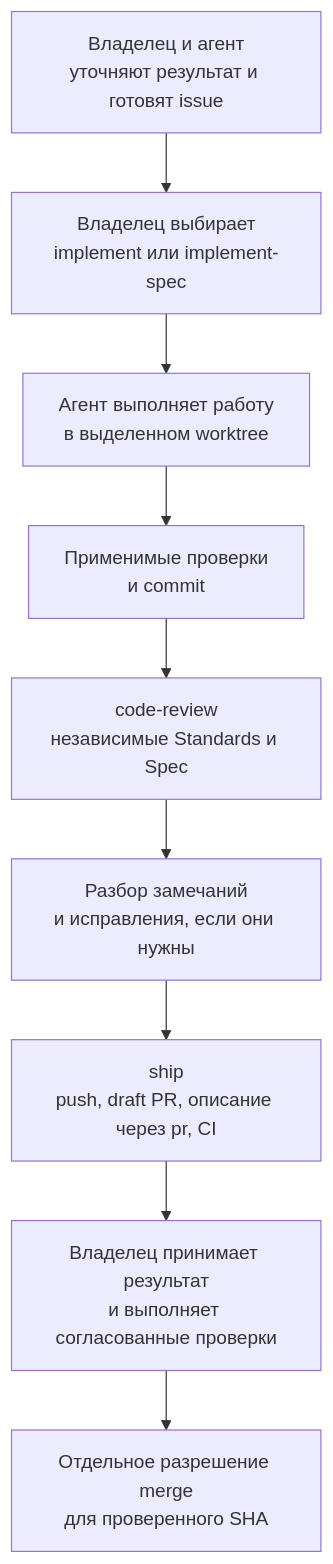
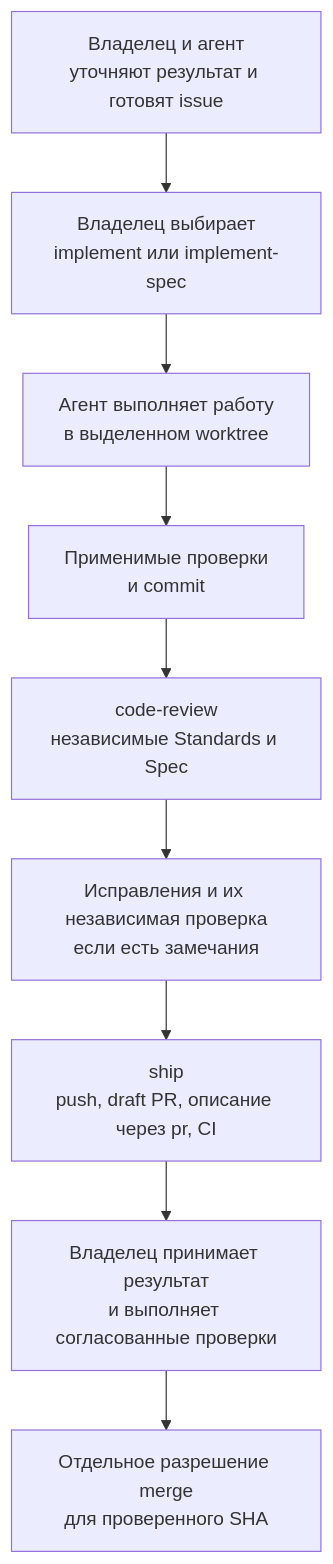
One commit to KirillSachkov/ai-first-platform changed the first of 3 diagrams in docs/development-flow.md. Above: the diagram before and after it, drawn with Mermaid. The commit also changed other lines of this file and 8 other files, not shown here.

````diff
--- a/docs/development-flow.md
+++ b/docs/development-flow.md
@@ -12,11 +12,11 @@
 ```mermaid
 flowchart TD
     A["Владелец и агент<br/>уточняют результат и готовят issue"] --> B["Владелец выбирает<br/>implement или implement-spec"]
     B --> C["Агент выполняет работу<br/>в выделенном worktree"]
     C --> D["Применимые проверки<br/>и commit"]
     D --> E["code-review<br/>независимые Standards и Spec"]
-    E --> F["Разбор замечаний<br/>и исправления, если они нужны"]
+    E --> F["Исправления и их независимая проверка<br/>если есть замечания"]
     F --> G["ship<br/>push, draft PR, описание через pr, CI"]
     G --> H["Владелец принимает результат<br/>и выполняет согласованные проверки"]
     H --> I["Отдельное разрешение merge<br/>для проверенного SHA"]
 ```
````
